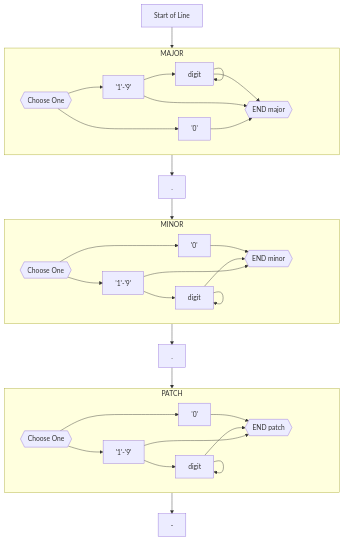
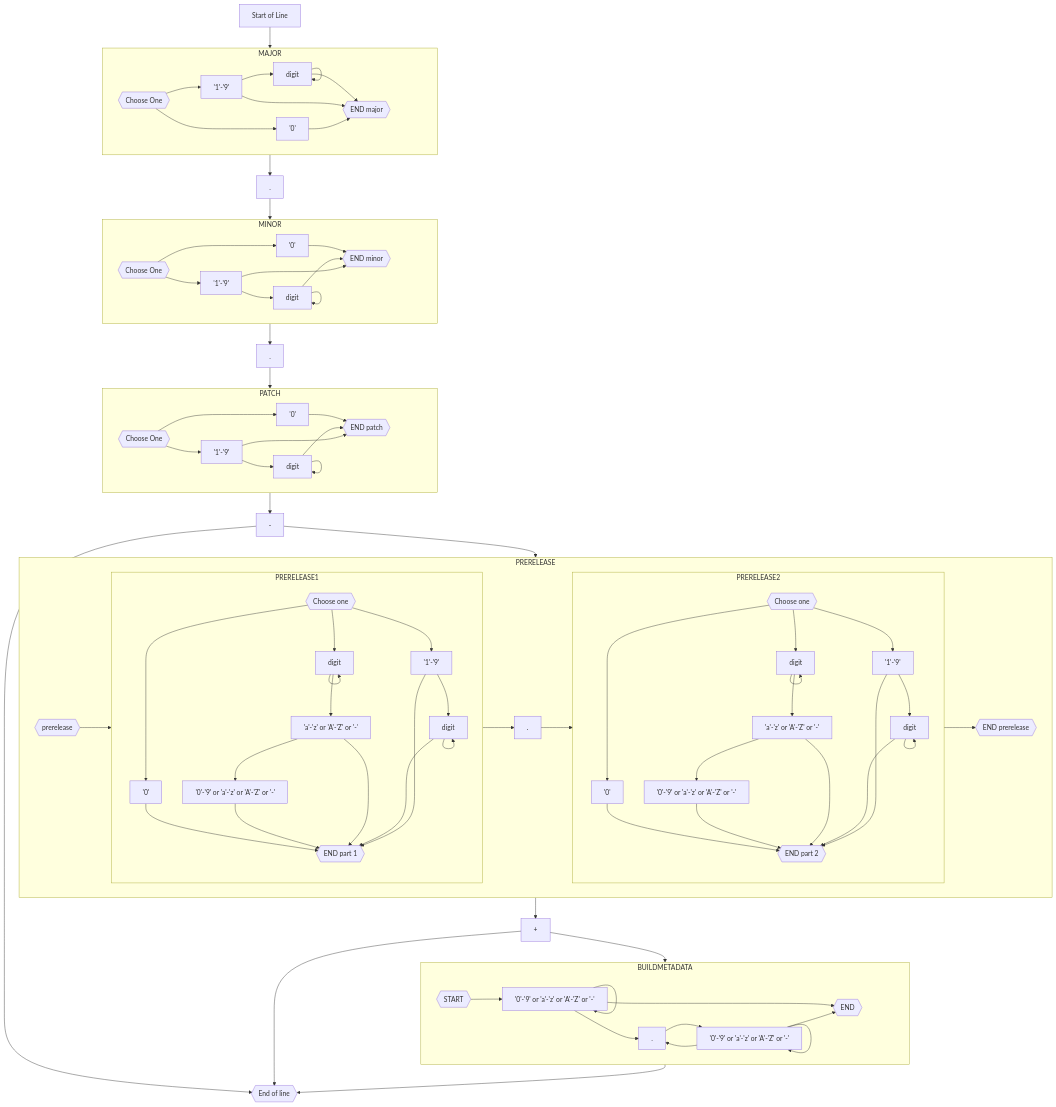
Before and after one commit to semver/semver: the diagram in semver.md, drawn with Mermaid.

Commit message:
semver.md: added the prerelease and metadata fields

````diff
--- a/semver.md
+++ b/semver.md
@@ -392,6 +392,50 @@
   end
   DASH3["-"]
 
+  subgraph "PRERELEASE"
+    direction LR
+    PRERELEASESTART{{"prerelease"}}
+    subgraph "PRERELEASE1"
+        PRERELEASE1START{{"Choose one"}}
+        ZERO4A["'0'"]
+        ONETONINE4A["'1'-'9'"]
+        DIGIT4A["digit"]
+
+        DIGIT4B["digit"]
+        LETTER4B["'a'-'z' or 'A'-'Z' or '-'"]
+        CHAR4B["'0'-'9' or 'a'-'z' or 'A'-'Z' or '-'"]
+        PRERELEASE1END{{"END part 1"}}
+    end
+    DOT4A["."]
+    subgraph "PRERELEASE2"
+        PRERELEASE2START{{"Choose one"}}
+        ZERO4C["'0'"]
+        ONETONINE4C["'1'-'9'"]
+        DIGIT4C["digit"]
+
+        DIGIT4D["digit"]
+        LETTER4D["'a'-'z' or 'A'-'Z' or '-'"]
+        CHAR4D["'0'-'9' or 'a'-'z' or 'A'-'Z' or '-'"]
+        PRERELEASE2END{{"END part 2"}}
+    end
+
+    PRERELEASEEND{{END prerelease}}
+  end
+
+  PLUS4["+"]
+
+  subgraph BUILDMETADATA
+    direction LR
+    BUILDMETADATASTART{{"START"}}
+    CHAR5A["'0'-'9' or 'a'-'z' or 'A'-'Z' or '-'"]
+    DOT5["."]
+    CHAR5B["'0'-'9' or 'a'-'z' or 'A'-'Z' or '-'"]
+    BUILDMETADATAEND{{"END"}}
+
+  end
+
+  ENDOFLINE{{"End of line"}}
+
   START --> MAJOR
   ONETONINE1 --> DIGIT1
   MAJORSTART --> ONETONINE1
@@ -424,4 +468,57 @@
   ONETONINE3 --> PATCHEND
 
   PATCH --> DASH3
+  DASH3 --> PRERELEASE
+
+  PRERELEASE1 --> DOT4A
+
+  PRERELEASESTART --> PRERELEASE1
+  PRERELEASE1START --> ZERO4A
+  PRERELEASE1START --> ONETONINE4A
+  PRERELEASE1START --> DIGIT4B
+  ONETONINE4A --> DIGIT4A
+  ONETONINE4A --> PRERELEASE1END
+  DIGIT4A --> PRERELEASE1END
+  DIGIT4A --> DIGIT4A
+  DIGIT4B --> LETTER4B
+  DIGIT4B --> DIGIT4B
+  LETTER4B --> CHAR4B
+  LETTER4B --> PRERELEASE1END
+  CHAR4B --> PRERELEASE1END
+  ZERO4A --> PRERELEASE1END
+
+  DOT4A --> PRERELEASE2
+
+  PRERELEASE2START --> ZERO4C
+  PRERELEASE2START --> ONETONINE4C
+  PRERELEASE2START --> DIGIT4D
+  ONETONINE4C --> DIGIT4C
+  ONETONINE4C --> PRERELEASE2END
+  DIGIT4C --> PRERELEASE2END
+  DIGIT4C --> DIGIT4C
+  DIGIT4D --> LETTER4D
+  DIGIT4D --> DIGIT4D
+  LETTER4D --> CHAR4D
+  LETTER4D --> PRERELEASE2END
+  CHAR4D --> PRERELEASE2END
+  ZERO4C --> PRERELEASE2END
+
+  PRERELEASE2 --> PRERELEASEEND
+
+  PRERELEASE --> PLUS4
+
+  PLUS4 --> BUILDMETADATA
+
+  BUILDMETADATASTART --> CHAR5A
+  CHAR5A --> CHAR5A
+  CHAR5A --> DOT5
+  CHAR5A --> BUILDMETADATAEND
+  DOT5 --> CHAR5B
+  CHAR5B -->CHAR5B
+  CHAR5B --> DOT5
+  CHAR5B --> BUILDMETADATAEND
+
+  DASH3 --> ENDOFLINE
+  PLUS4 --> ENDOFLINE
+  BUILDMETADATA --> ENDOFLINE
 ```
````
